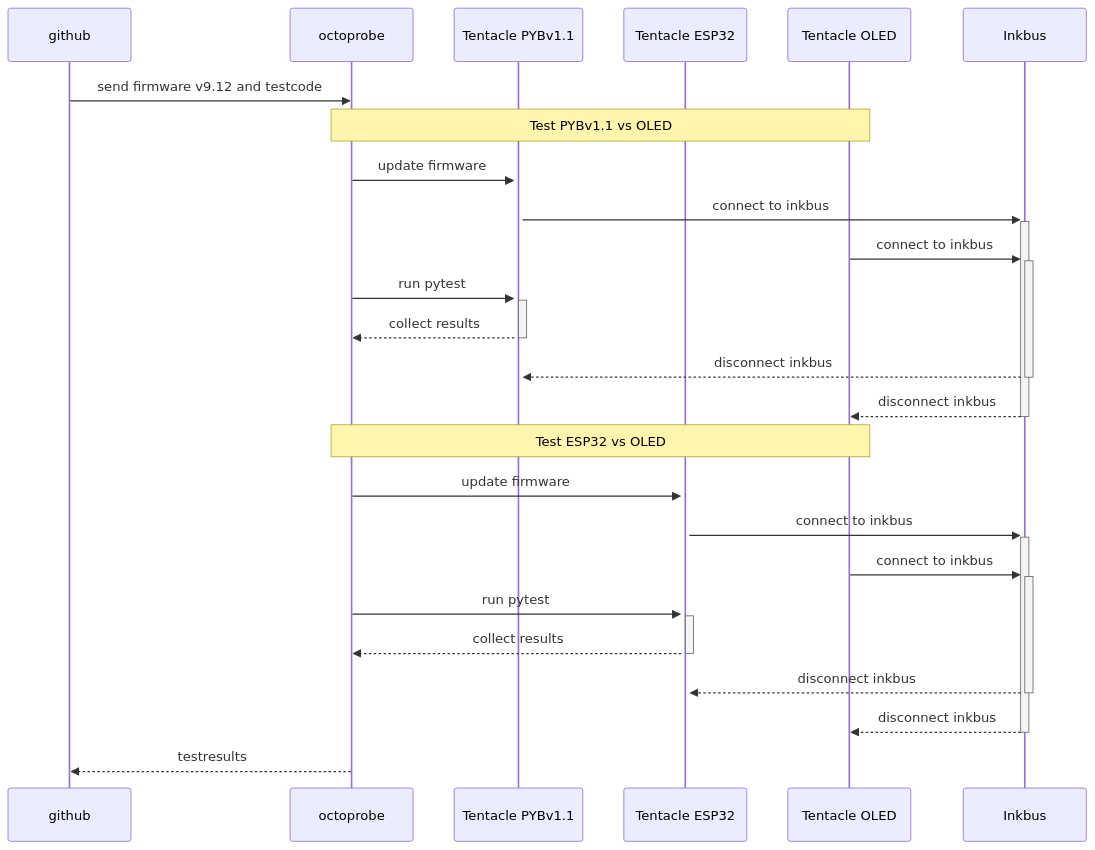
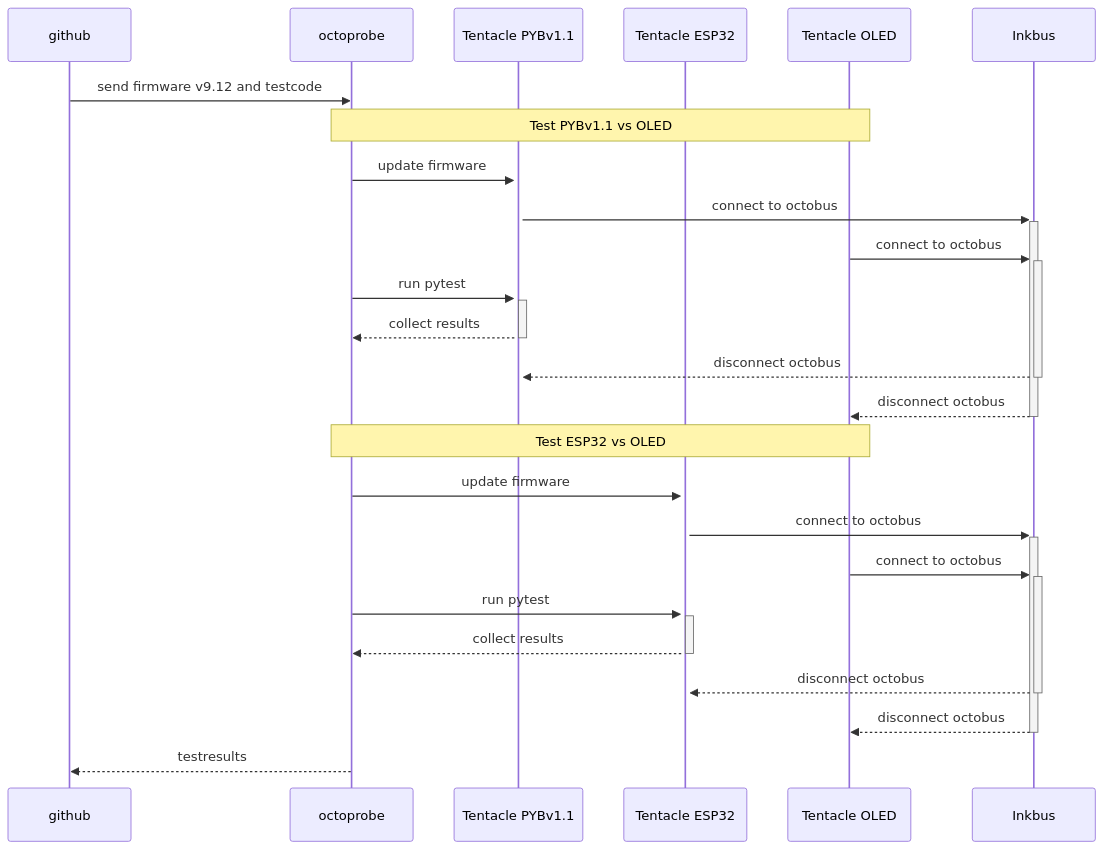
Before and after one commit to octoprobe/octoprobe: the diagram in docs/big_picture.rst, drawn with Mermaid. The commit also changed other lines of this file and 1 other file, not shown here.

Commit message:
Close logfiles after use

```diff
--- a/docs/big_picture.rst
+++ b/docs/big_picture.rst
@@ -85,32 +85,32 @@
 .. mermaid::
 
    sequenceDiagram
       participant github
       participant U as octoprobe
       participant TP as Tentacle PYBv1.1
       participant TE as Tentacle ESP32
       participant TO as Tentacle OLED
       participant I as Inkbus
       github->>U: send firmware v9.12 and testcode
 
       Note over U,TO: Test PYBv1.1 vs OLED
 
       U->>+TP: update firmware
-      TP->>+I: connect to inkbus
-      TO->>+I: connect to inkbus
+      TP->>+I: connect to octobus
+      TO->>+I: connect to octobus
       U->>+TP: run pytest
       TP-->>-U: collect results
-      I-->>-TP: disconnect inkbus
-      I-->>-TO: disconnect inkbus
+      I-->>-TP: disconnect octobus
+      I-->>-TO: disconnect octobus
 
       Note over U,TO: Test ESP32 vs OLED
 
       U->>+TE: update firmware
-      TE->>+I: connect to inkbus
-      TO->>+I: connect to inkbus
+      TE->>+I: connect to octobus
+      TO->>+I: connect to octobus
       U->>+TE: run pytest
       TE-->>-U: collect results
-      I-->>-TE: disconnect inkbus
-      I-->>-TO: disconnect inkbus
+      I-->>-TE: disconnect octobus
+      I-->>-TO: disconnect octobus
 
       U-->>github: testresults
```
